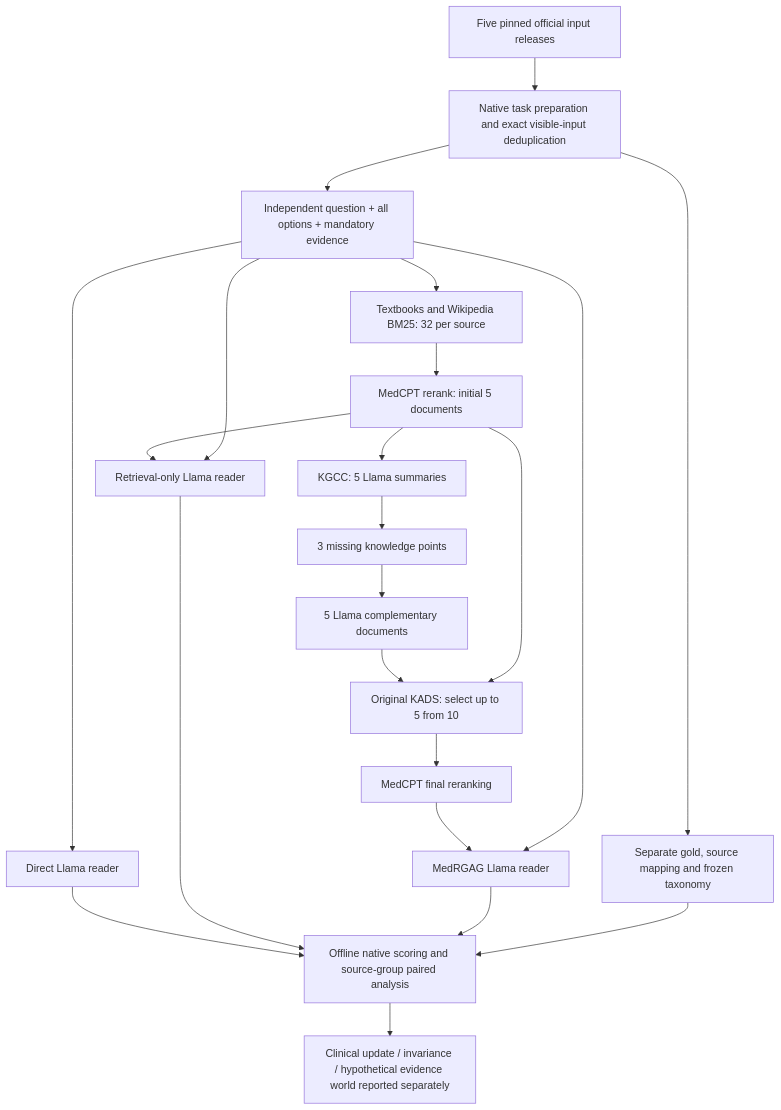
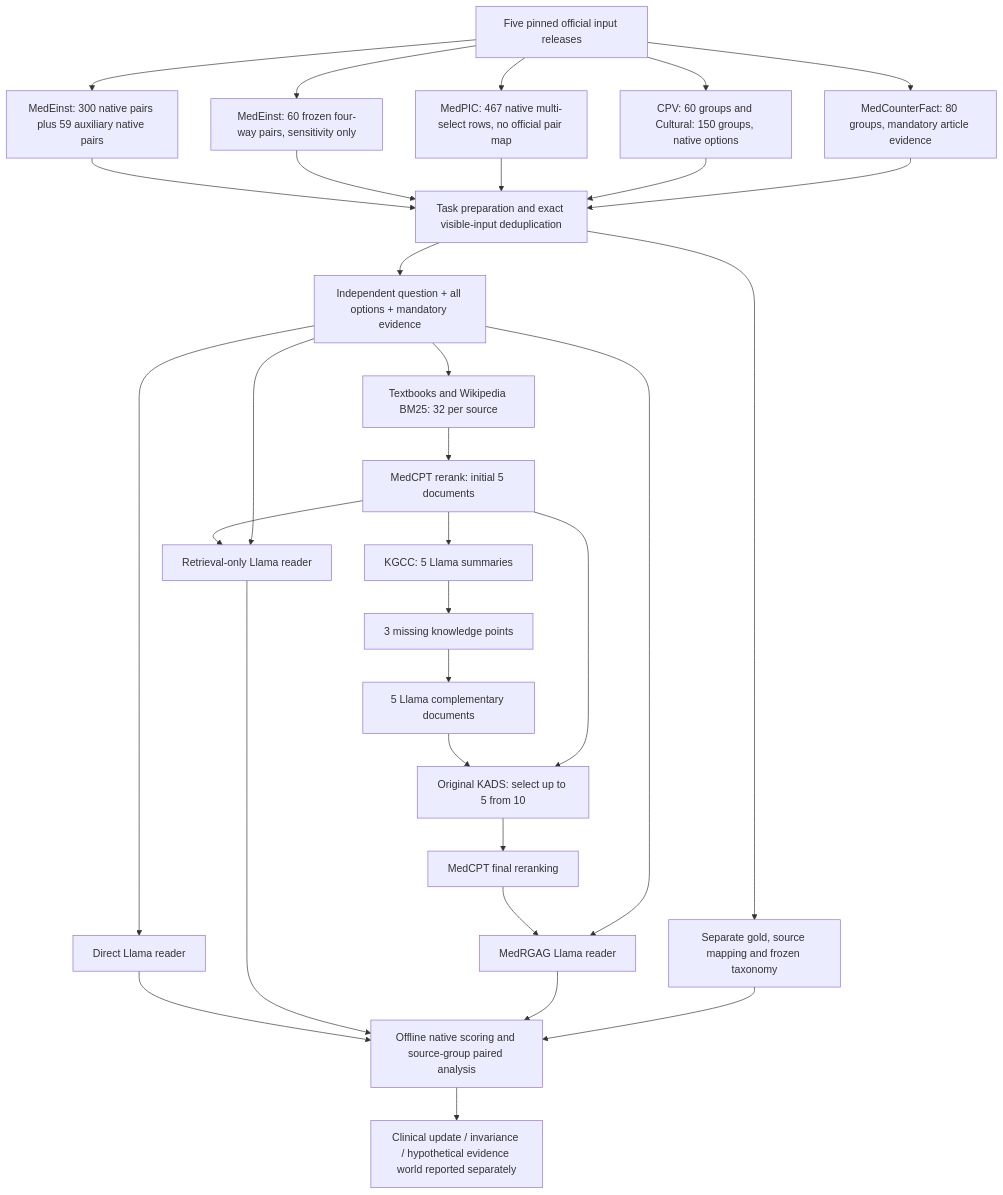
The diagram in cf_medrgag_validation_pack/results_cf_screening/flow.mmd (xiotakut/cf_mrg), drawn with Mermaid before and after one commit. The commit also changed 61 other files, not shown here.

```diff
--- a/cf_medrgag_validation_pack/results_cf_screening/flow.mmd
+++ b/cf_medrgag_validation_pack/results_cf_screening/flow.mmd
@@ -1,22 +1,31 @@
 flowchart TD
-  Sources[Five pinned official input releases] --> Prepare[Native task preparation and exact visible-input deduplication]
+  Sources[Five pinned official input releases] --> Diagnosis[MedEinst: 300 native pairs plus 59 auxiliary native pairs]
+  Sources --> FourWay[MedEinst: 60 frozen four-way pairs, sensitivity only]
+  Sources --> Multi[MedPIC: 467 native multi-select rows, no official pair map]
+  Sources --> Choice[CPV: 60 groups and Cultural: 150 groups, native options]
+  Sources --> World[MedCounterFact: 80 groups, mandatory article evidence]
+  Diagnosis --> Prepare[Task preparation and exact visible-input deduplication]
+  FourWay --> Prepare
+  Multi --> Prepare
+  Choice --> Prepare
+  World --> Prepare
   Prepare --> Tasks[Independent question + all options + mandatory evidence]
   Prepare --> Labels[Separate gold, source mapping and frozen taxonomy]
   Tasks --> M0[Direct Llama reader]
   Tasks --> Retrieval[Textbooks and Wikipedia BM25: 32 per source]
   Retrieval --> Rank[MedCPT rerank: initial 5 documents]
   Rank --> M1[Retrieval-only Llama reader]
   Rank --> Summary[KGCC: 5 Llama summaries]
   Summary --> Explore[3 missing knowledge points]
   Explore --> Generate[5 Llama complementary documents]
   Generate --> KADS[Original KADS: select up to 5 from 10]
   Rank --> KADS
   KADS --> FinalRank[MedCPT final reranking]
   FinalRank --> M2[MedRGAG Llama reader]
   Tasks --> M1
   Tasks --> M2
   M0 --> Eval[Offline native scoring and source-group paired analysis]
   M1 --> Eval
   M2 --> Eval
   Labels --> Eval
   Eval --> Domains[Clinical update / invariance / hypothetical evidence world reported separately]
```
